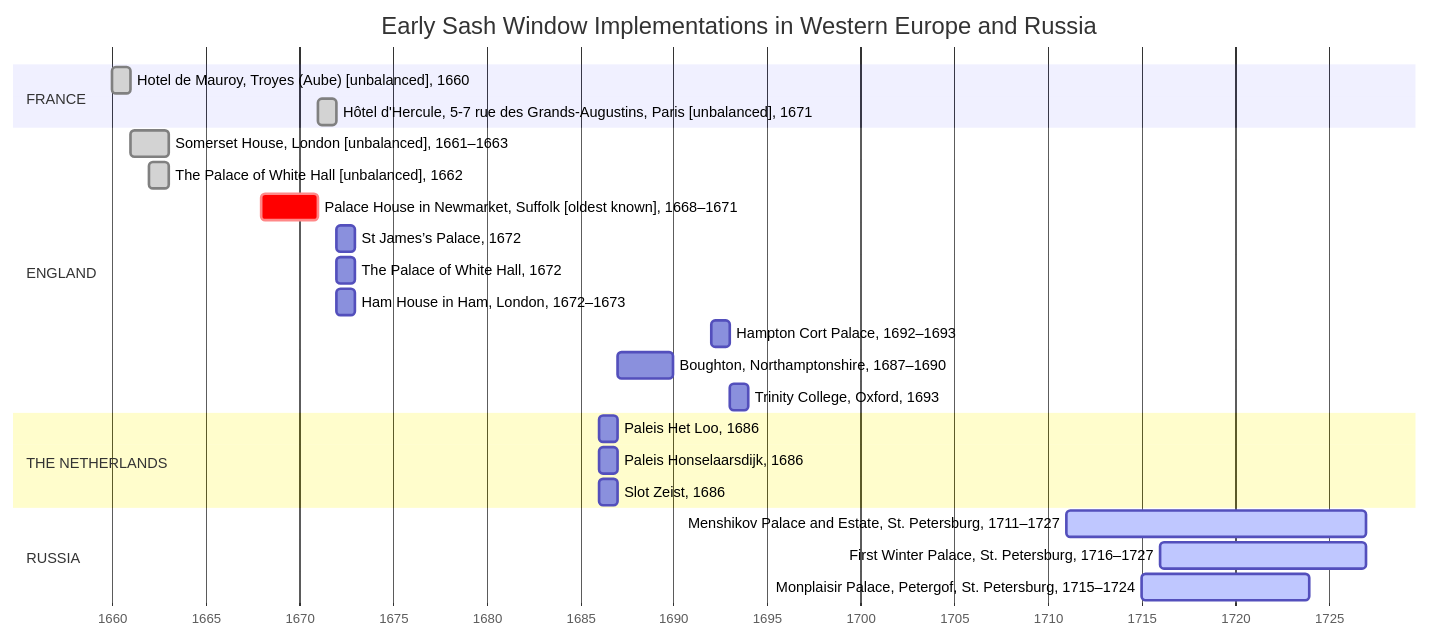
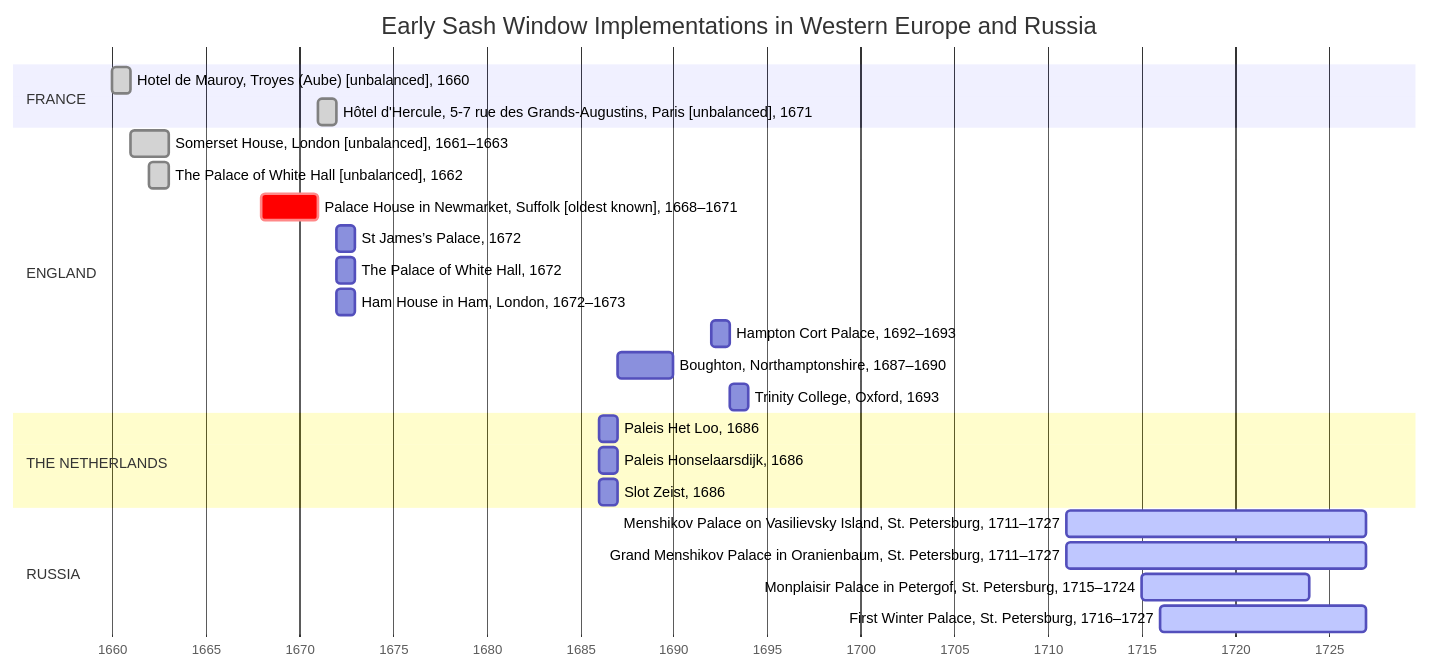
One commit to tropintropin/sash_windows changed the diagram in TIMELINE_EARLY_SASH_WINDOWS.md. Above: the diagram before and after it, drawn with Mermaid. The commit also changed other lines of this file, not shown here.

````diff
--- a/TIMELINE_EARLY_SASH_WINDOWS.md
+++ b/TIMELINE_EARLY_SASH_WINDOWS.md
@@ -3,34 +3,33 @@
 ```mermaid
 gantt
 	title Early Sash Window Implementations in Western Europe and Russia
 	dateFormat YYYY
     axisFormat %Y
 
     section FRANCE
         Hotel de Mauroy, Troyes (Aube) [unbalanced], 1660                           : done, 1660, 1y
         Hôtel d'Hercule, 5-7 rue des Grands-Augustins, Paris [unbalanced], 1671     : done, 1671, 1y
 
 	section ENGLAND
         Somerset House, London [unbalanced], 1661–1663                              : done, 1661, 1663
 		The Palace of White Hall [unbalanced], 1662                                 : done, 1662, 1y
 		Palace House in Newmarket, Suffolk [oldest known], 1668–1671                : crit, 1668, 1671
         St James’s Palace, 1672                                                     : 1672, 1y
 		The Palace of White Hall, 1672                                              : 1672, 1y
         Ham House in Ham, London, 1672–1673                                         : 1672, 1673
 		Hampton Cort Palace, 1692–1693                                              : 1692, 1693
 		Boughton, Northamptonshire, 1687–1690                                       : 1687, 1690
 		Trinity College, Oxford, 1693                                               : 1693, 1y
 
     section THE NETHERLANDS
         Paleis Het Loo, 1686                                                        : 1686, 1y
         Paleis Honselaarsdijk, 1686                                                 : 1686, 1y
         Slot Zeist, 1686                                                            : 1686, 1y
 
     section RUSSIA
 
-        Menshikov Palace and Estate, St. Petersburg, 1711–1727                      : active, 1711, 1727
+        Menshikov Palace on Vasilievsky Island, St. Petersburg, 1711–1727           : active, 1711, 1727
+        Grand Menshikov Palace in Oranienbaum, St. Petersburg, 1711–1727            : active, 1711, 1727
+        Monplaisir Palace in Petergof, St. Petersburg, 1715–1724                    : active, 1715, 1724
         First Winter Palace, St. Petersburg, 1716–1727                              : active, 1716, 1727
-        Monplaisir Palace, Petergof, St. Petersburg, 1715–1724                      : active, 1715, 1724
-
-
 ```
````
